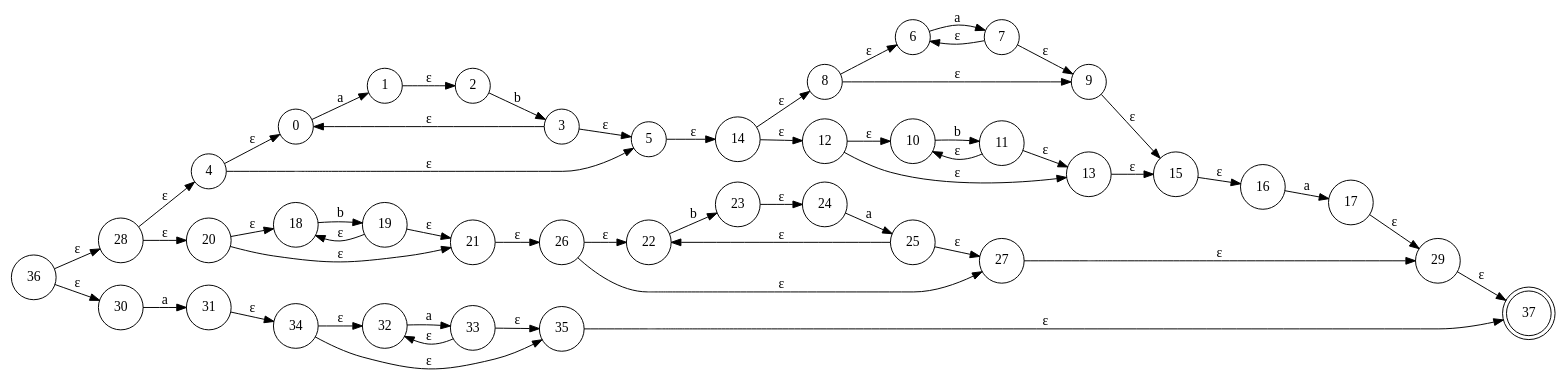
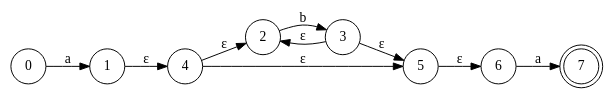
The diagram in src/views/NFADFA/nfa.gv (Galileo01/Compilation_principle_compiler), drawn with Graphviz before and after one commit. The commit also changed 14 other files, not shown here.

```diff
--- a/src/views/NFADFA/nfa.gv
+++ b/src/views/NFADFA/nfa.gv
@@ -1,159 +1,30 @@
 digraph "/Users/bytedance/My/编译原理/compiler/src/views/NFADFA/nfa" {
 	rankdir=LR
 	node [shape=circle]
-	28
-	36 -> 28 [label="ε"]
-	node [shape=circle]
-	30
-	36 -> 30 [label="ε"]
-	node [shape=circle]
-	31
-	30 -> 31 [label=a]
-	node [shape=circle]
-	34
-	31 -> 34 [label="ε"]
-	node [shape=circle]
-	32
-	34 -> 32 [label="ε"]
-	node [shape=circle]
-	35
-	34 -> 35 [label="ε"]
-	node [shape=doublecircle]
-	37
-	35 -> 37 [label="ε"]
-	node [shape=circle]
-	33
-	32 -> 33 [label=a]
-	node [shape=circle]
-	35
-	33 -> 35 [label="ε"]
-	node [shape=circle]
-	32
-	33 -> 32 [label="ε"]
+	1
+	0 -> 1 [label=a]
 	node [shape=circle]
 	4
-	28 -> 4 [label="ε"]
+	1 -> 4 [label="ε"]
 	node [shape=circle]
-	20
-	28 -> 20 [label="ε"]
-	node [shape=circle]
-	18
-	20 -> 18 [label="ε"]
-	node [shape=circle]
-	21
-	20 -> 21 [label="ε"]
-	node [shape=circle]
-	26
-	21 -> 26 [label="ε"]
-	node [shape=circle]
-	22
-	26 -> 22 [label="ε"]
-	node [shape=circle]
-	27
-	26 -> 27 [label="ε"]
-	node [shape=circle]
-	29
-	27 -> 29 [label="ε"]
-	node [shape=doublecircle]
-	37
-	29 -> 37 [label="ε"]
-	node [shape=circle]
-	23
-	22 -> 23 [label=b]
-	node [shape=circle]
-	24
-	23 -> 24 [label="ε"]
-	node [shape=circle]
-	25
-	24 -> 25 [label=a]
-	node [shape=circle]
-	27
-	25 -> 27 [label="ε"]
-	node [shape=circle]
-	22
-	25 -> 22 [label="ε"]
-	node [shape=circle]
-	19
-	18 -> 19 [label=b]
-	node [shape=circle]
-	21
-	19 -> 21 [label="ε"]
-	node [shape=circle]
-	18
-	19 -> 18 [label="ε"]
-	node [shape=circle]
-	0
-	4 -> 0 [label="ε"]
+	2
+	4 -> 2 [label="ε"]
 	node [shape=circle]
 	5
 	4 -> 5 [label="ε"]
 	node [shape=circle]
-	14
-	5 -> 14 [label="ε"]
-	node [shape=circle]
-	8
-	14 -> 8 [label="ε"]
-	node [shape=circle]
-	12
-	14 -> 12 [label="ε"]
-	node [shape=circle]
-	10
-	12 -> 10 [label="ε"]
-	node [shape=circle]
-	13
-	12 -> 13 [label="ε"]
-	node [shape=circle]
-	15
-	13 -> 15 [label="ε"]
-	node [shape=circle]
-	16
-	15 -> 16 [label="ε"]
-	node [shape=circle]
-	17
-	16 -> 17 [label=a]
-	node [shape=circle]
-	29
-	17 -> 29 [label="ε"]
-	node [shape=circle]
-	11
-	10 -> 11 [label=b]
-	node [shape=circle]
-	13
-	11 -> 13 [label="ε"]
-	node [shape=circle]
-	10
-	11 -> 10 [label="ε"]
-	node [shape=circle]
 	6
-	8 -> 6 [label="ε"]
-	node [shape=circle]
-	9
-	8 -> 9 [label="ε"]
-	node [shape=circle]
-	15
-	9 -> 15 [label="ε"]
-	node [shape=circle]
+	5 -> 6 [label="ε"]
+	node [shape=doublecircle]
 	7
 	6 -> 7 [label=a]
-	node [shape=circle]
-	9
-	7 -> 9 [label="ε"]
-	node [shape=circle]
-	6
-	7 -> 6 [label="ε"]
-	node [shape=circle]
-	1
-	0 -> 1 [label=a]
-	node [shape=circle]
-	2
-	1 -> 2 [label="ε"]
 	node [shape=circle]
 	3
 	2 -> 3 [label=b]
 	node [shape=circle]
 	5
 	3 -> 5 [label="ε"]
 	node [shape=circle]
-	0
-	3 -> 0 [label="ε"]
+	2
+	3 -> 2 [label="ε"]
 }
```
